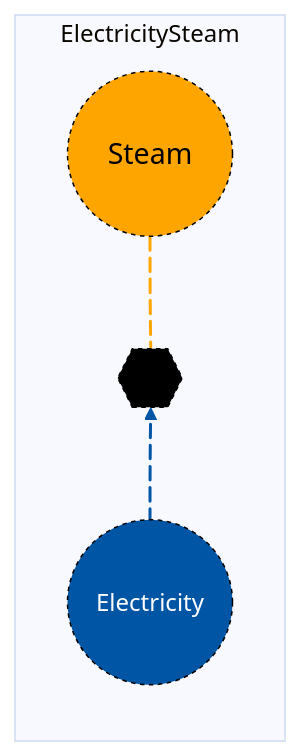
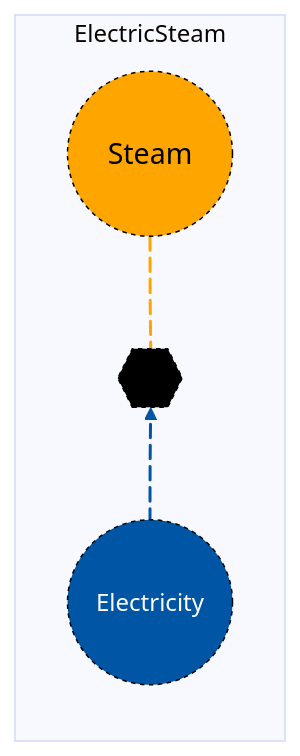
Before and after one commit to acheng1757/MacroEnergy-Abbie.jl: diagram 21 of 21 in docs/src/Manual/Assets.md, drawn with Mermaid. The commit also changed other lines of this file and 10 other files, not shown here.

````diff
--- a/docs/src/Manual/Assets.md
+++ b/docs/src/Manual/Assets.md
@@ -554,18 +554,18 @@
 ```mermaid
 %%{init: {'theme': 'base', 'themeVariables': { 'background': '#E2F0FF' }}}%%
 flowchart LR
-  subgraph ElectricitySteam
+  subgraph ElectricSteam
   direction BT
   A((Electricity)) e1@ --> B{{..}}
   B e2@ --> C((Steam))
   e1@{animate: true}
   e2@{animate: true}
  end
     style A r:55px,fill:#0055A4,stroke:black,color:white,stroke-dasharray: 3,5;
     style B r:55px,fill:black,stroke:black,color:black,stroke-dasharray: 3,5;
     style C font-size:19px,r:55px,fill:#FFA500,stroke:black,color:black,stroke-dasharray: 3,5;
 
   linkStyle 0 stroke:#0055A4, stroke-width: 2px;
   linkStyle 1 stroke:#FFA500, stroke-width: 2px;
 
 ```
````
